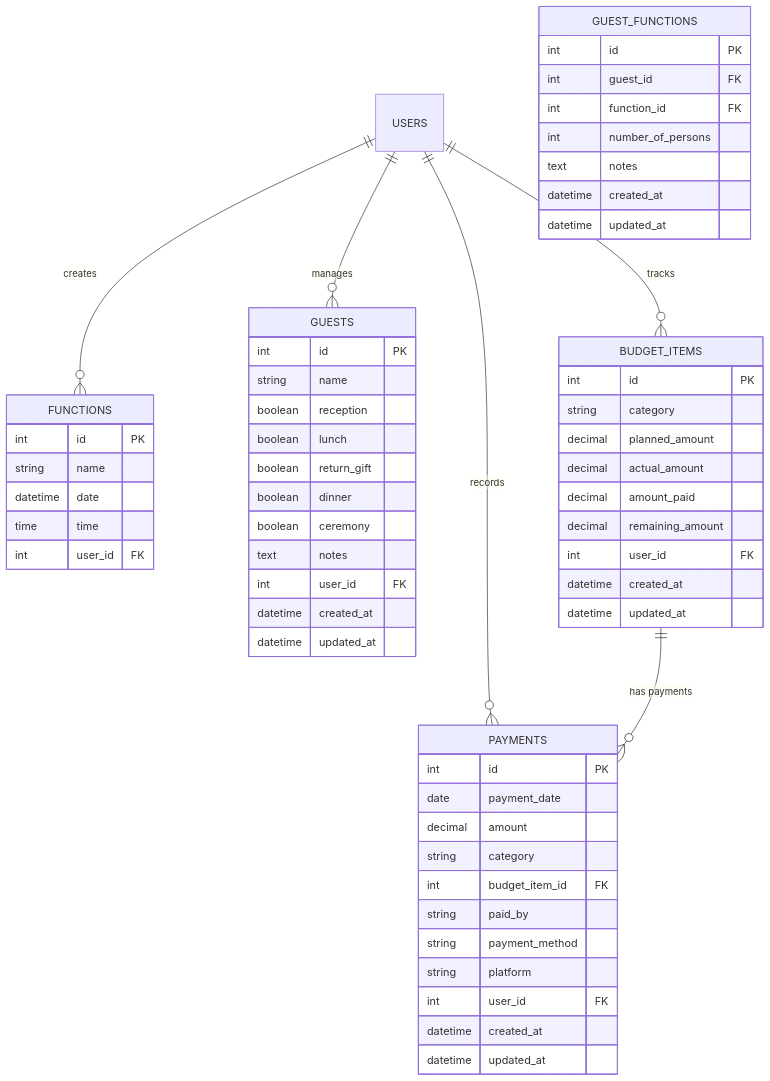
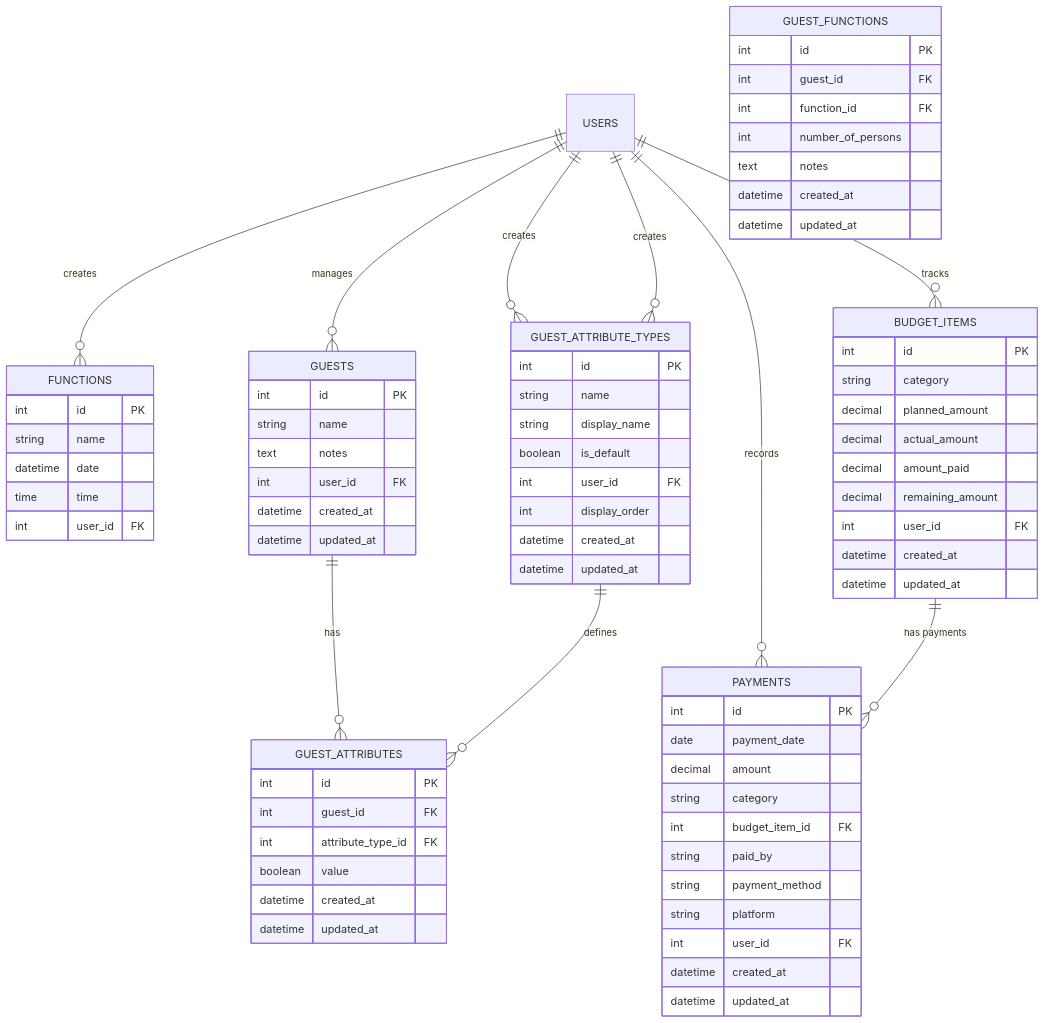
The third of 8 diagrams in ARCHITECTURE.md (bansal6498/ShaadiApp), drawn with Mermaid before and after one commit. The commit also changed other lines of this file and 2 other files, not shown here.

```diff
--- a/ARCHITECTURE.md
+++ b/ARCHITECTURE.md
@@ -109,6 +116,7 @@
     USERS ||--o{ GUESTS : manages
     USERS ||--o{ BUDGET_ITEMS : tracks
     USERS ||--o{ PAYMENTS : records
+    USERS ||--o{ GUEST_ATTRIBUTE_TYPES : creates
     
     FUNCTIONS {
         int id PK
@@ -121,16 +129,35 @@
     GUESTS {
         int id PK
         string name
-        boolean reception
-        boolean lunch
-        boolean return_gift
-        boolean dinner
-        boolean ceremony
         text notes
         int user_id FK
         datetime created_at
         datetime updated_at
     }
+    
+    GUEST_ATTRIBUTE_TYPES {
+        int id PK
+        string name
+        string display_name
+        boolean is_default
+        int user_id FK
+        int display_order
+        datetime created_at
+        datetime updated_at
+    }
+    
+    GUEST_ATTRIBUTES {
+        int id PK
+        int guest_id FK
+        int attribute_type_id FK
+        boolean value
+        datetime created_at
+        datetime updated_at
+    }
+    
+    USERS ||--o{ GUEST_ATTRIBUTE_TYPES : creates
+    GUESTS ||--o{ GUEST_ATTRIBUTES : has
+    GUEST_ATTRIBUTE_TYPES ||--o{ GUEST_ATTRIBUTES : defines
     
     BUDGET_ITEMS {
         int id PK
```
